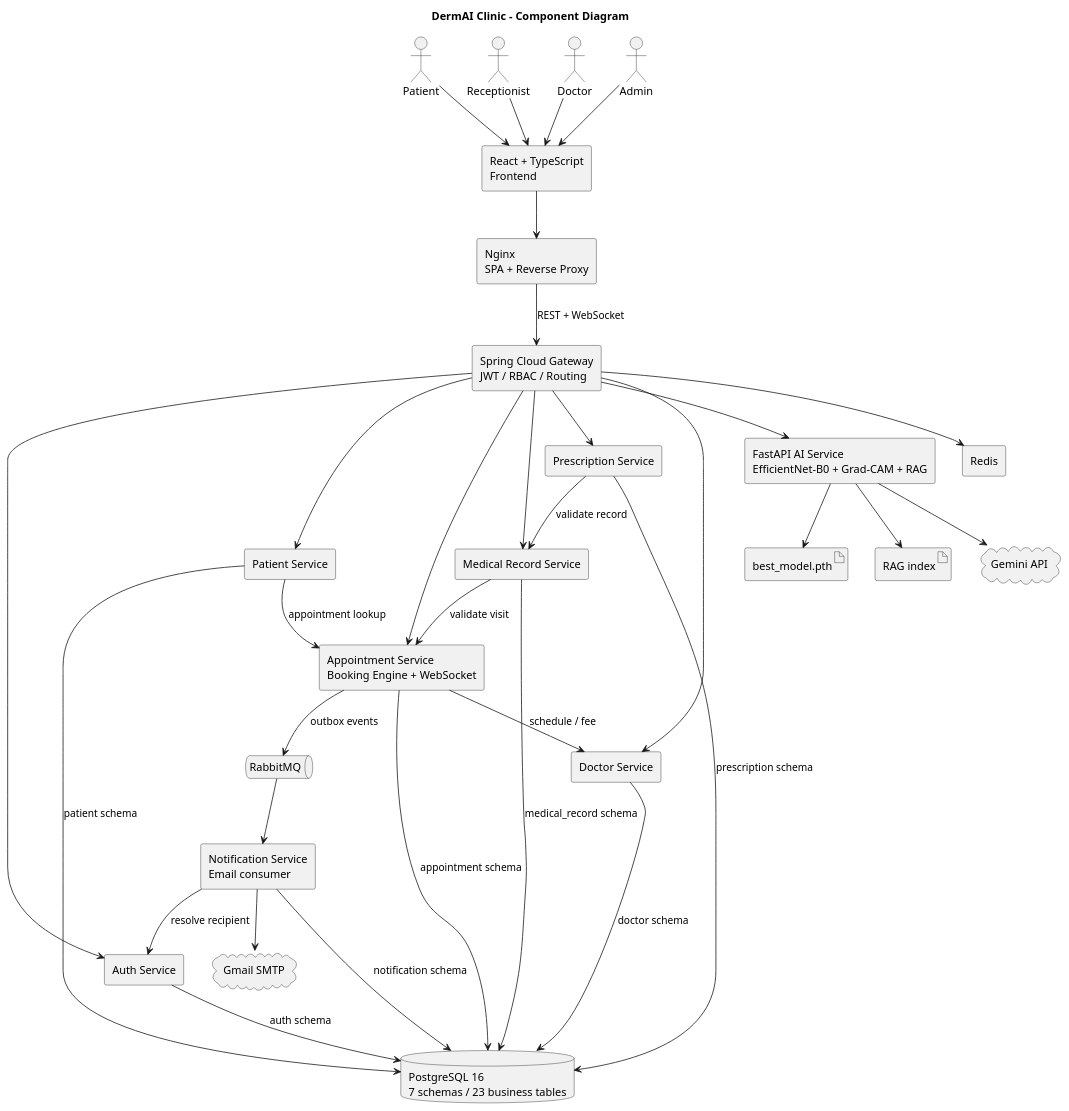
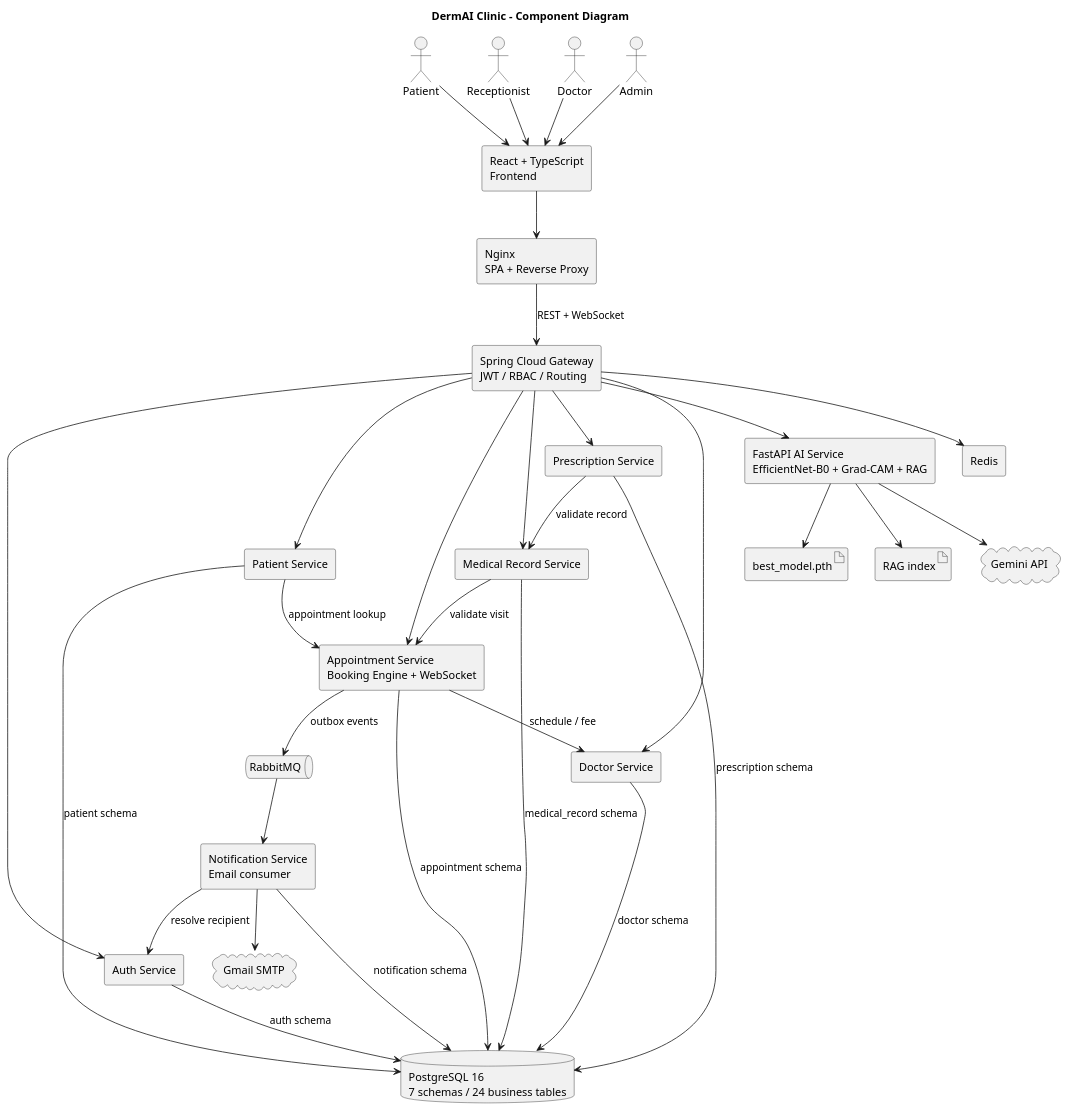
One commit to Nhutrieu/Dermai-clinic changed the diagram in docs/diagrams/system.puml. Above: the diagram before and after it, drawn with PlantUML. The commit also changed 88 other files, not shown here.

```diff
--- a/docs/diagrams/system.puml
+++ b/docs/diagrams/system.puml
@@ -1,61 +1,61 @@
 @startuml
 title DermAI Clinic - Component Diagram
 skinparam componentStyle rectangle
 skinparam shadowing false
 
 actor Patient
 actor Receptionist
 actor Doctor
 actor Admin
 component "React + TypeScript\nFrontend" as Web
 component "Nginx\nSPA + Reverse Proxy" as Nginx
 component "Spring Cloud Gateway\nJWT / RBAC / Routing" as Gateway
 component "Auth Service" as Auth
 component "Patient Service" as PatientService
 component "Doctor Service" as DoctorService
 component "Appointment Service\nBooking Engine + WebSocket" as Appointment
 component "Medical Record Service" as Record
 component "Prescription Service" as Prescription
 component "Notification Service\nEmail consumer" as Notification
 component "FastAPI AI Service\nEfficientNet-B0 + Grad-CAM + RAG" as AI
-database "PostgreSQL 16\n7 schemas / 23 business tables" as PostgreSQL
+database "PostgreSQL 16\n7 schemas / 24 business tables" as PostgreSQL
 queue "RabbitMQ" as RabbitMQ
 component "Redis" as Redis
 artifact "best_model.pth" as Model
 artifact "RAG index" as RagIndex
 cloud "Gmail SMTP" as SMTP
 cloud "Gemini API" as Gemini
 
 Patient --> Web
 Receptionist --> Web
 Doctor --> Web
 Admin --> Web
 Web --> Nginx
 Nginx --> Gateway : REST + WebSocket
 Gateway --> Auth
 Gateway --> PatientService
 Gateway --> DoctorService
 Gateway --> Appointment
 Gateway --> Record
 Gateway --> Prescription
 Gateway --> AI
 Gateway --> Redis
 Appointment --> DoctorService : schedule / fee
 PatientService --> Appointment : appointment lookup
 Record --> Appointment : validate visit
 Prescription --> Record : validate record
 Appointment --> RabbitMQ : outbox events
 RabbitMQ --> Notification
 Notification --> Auth : resolve recipient
 Notification --> SMTP
 Auth --> PostgreSQL : auth schema
 PatientService --> PostgreSQL : patient schema
 DoctorService --> PostgreSQL : doctor schema
 Appointment --> PostgreSQL : appointment schema
 Record --> PostgreSQL : medical_record schema
 Prescription --> PostgreSQL : prescription schema
 Notification --> PostgreSQL : notification schema
 AI --> Model
 AI --> RagIndex
 AI --> Gemini
 @enduml
```
